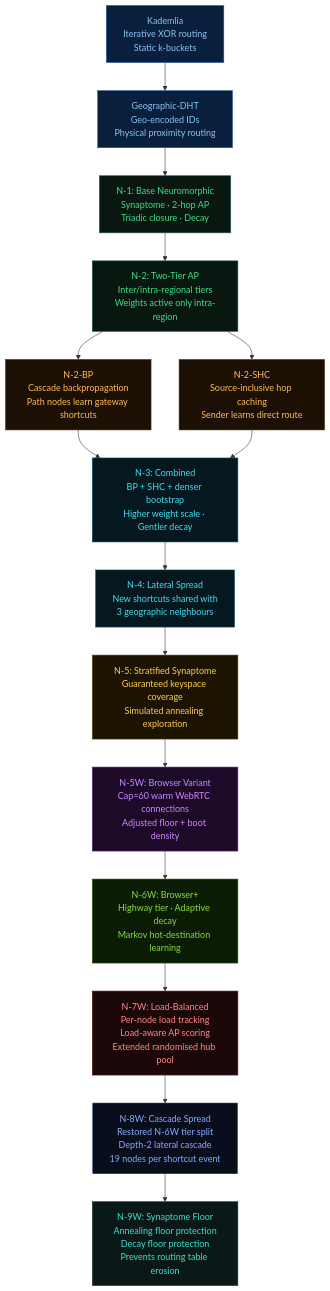
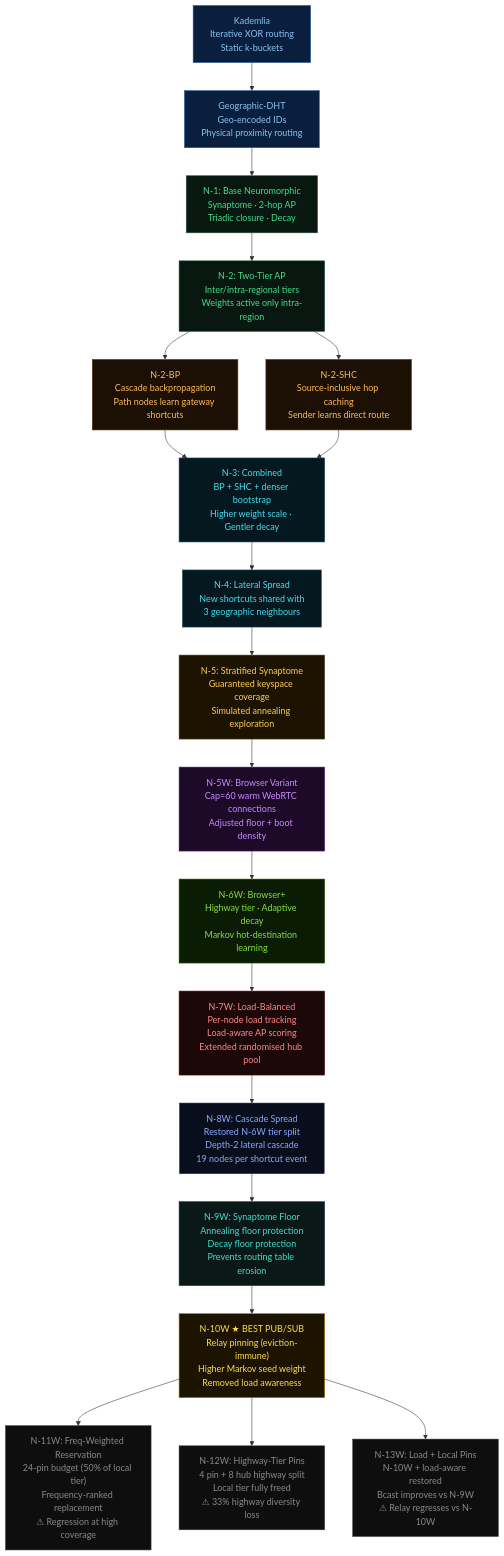
Before and after one commit to YZ-social/dht-sim: the second of 3 diagrams in README.md, drawn with Mermaid. The commit also changed other lines of this file and 11 other files, not shown here.

````diff
--- a/README.md
+++ b/README.md
@@ -179,32 +184,40 @@
 ```mermaid
 graph TD
     K["Kademlia\nIterative XOR routing\nStatic k-buckets"] --> G["Geographic-DHT\nGeo-encoded IDs\nPhysical proximity routing"]
     G --> N1["N-1: Base Neuromorphic\nSynaptome · 2-hop AP\nTriadic closure · Decay"]
     N1 --> N2["N-2: Two-Tier AP\nInter/intra-regional tiers\nWeights active only intra-region"]
     N2 --> N2BP["N-2-BP\nCascade backpropagation\nPath nodes learn gateway shortcuts"]
     N2 --> N2SHC["N-2-SHC\nSource-inclusive hop caching\nSender learns direct route"]
     N2BP --> N3["N-3: Combined\nBP + SHC + denser bootstrap\nHigher weight scale · Gentler decay"]
     N2SHC --> N3
     N3 --> N4["N-4: Lateral Spread\nNew shortcuts shared with\n3 geographic neighbours"]
     N4 --> N5["N-5: Stratified Synaptome\nGuaranteed keyspace coverage\nSimulated annealing exploration"]
     N5 --> N5W["N-5W: Browser Variant\nCap=60 warm WebRTC connections\nAdjusted floor + boot density"]
     N5W --> N6W["N-6W: Browser+\nHighway tier · Adaptive decay\nMarkov hot-destination learning"]
     N6W --> N7W["N-7W: Load-Balanced\nPer-node load tracking\nLoad-aware AP scoring\nExtended randomised hub pool"]
     N7W --> N8W["N-8W: Cascade Spread\nRestored N-6W tier split\nDepth-2 lateral cascade\n19 nodes per shortcut event"]
     N8W --> N9W["N-9W: Synaptome Floor\nAnnealing floor protection\nDecay floor protection\nPrevents routing table erosion"]
+    N9W --> N10W["N-10W ★ BEST PUB/SUB\nRelay pinning (eviction-immune)\nHigher Markov seed weight\nRemoved load awareness"]
+    N10W --> N11W["N-11W: Freq-Weighted Reservation\n24-pin budget (50% of local tier)\nFrequency-ranked replacement\n⚠ Regression at high coverage"]
+    N10W --> N12W["N-12W: Highway-Tier Pins\n4 pin + 8 hub highway split\nLocal tier fully freed\n⚠ 33% highway diversity loss"]
+    N10W --> N13W["N-13W: Load + Local Pins\nN-10W + load-aware restored\nBcast improves vs N-9W\n⚠ Relay regresses vs N-10W"]
 
     style K fill:#0a1e3e,stroke:#2a5ea0,color:#88c4f0
     style G fill:#0a1e3e,stroke:#2a5ea0,color:#88c4f0
     style N1 fill:#081810,stroke:#226040,color:#44dd88
     style N2 fill:#081810,stroke:#226040,color:#44dd88
     style N2BP fill:#1c1005,stroke:#5a3a18,color:#ffbb55
     style N2SHC fill:#1c1005,stroke:#5a3a18,color:#ffbb55
     style N3 fill:#051820,stroke:#1a4a60,color:#44ddee
     style N4 fill:#051820,stroke:#1a4a60,color:#44ddee
     style N5 fill:#1c1400,stroke:#5a4818,color:#ffcc55
     style N5W fill:#1c0a28,stroke:#5a2888,color:#cc88ff
     style N6W fill:#0a1c04,stroke:#285a08,color:#88dd44
     style N7W fill:#1c0808,stroke:#5a1818,color:#ff8888
     style N8W fill:#080e1c,stroke:#18285a,color:#88aaff
     style N9W fill:#0a1818,stroke:#1a4040,color:#44ddcc
+    style N10W fill:#1c1400,stroke:#aa7700,color:#ffdd44
+    style N11W fill:#0e0e0e,stroke:#444444,color:#888888
+    style N12W fill:#0e0e0e,stroke:#444444,color:#888888
+    style N13W fill:#0e0e0e,stroke:#444444,color:#888888
 ```
````
